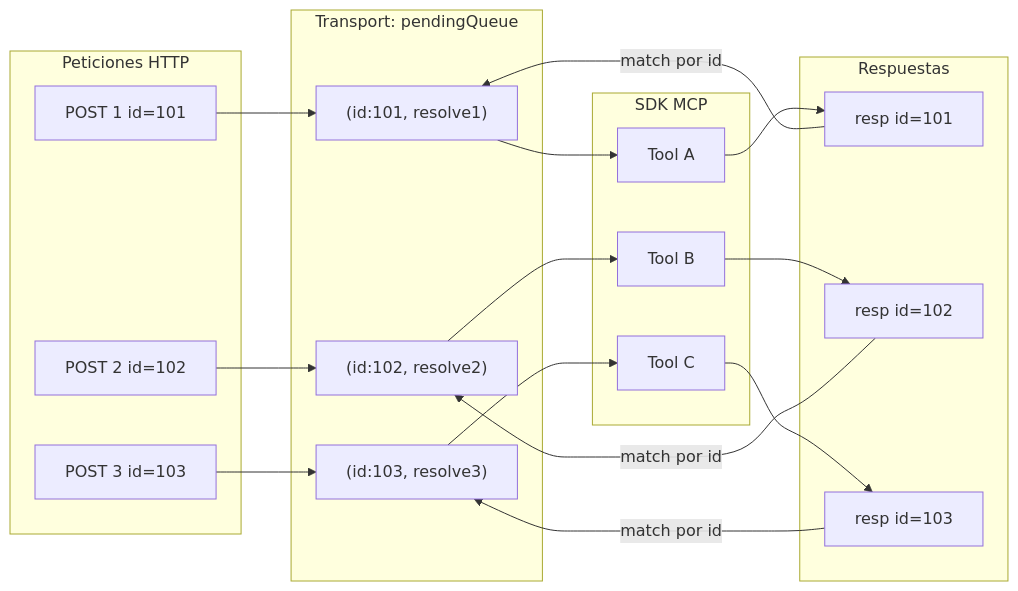
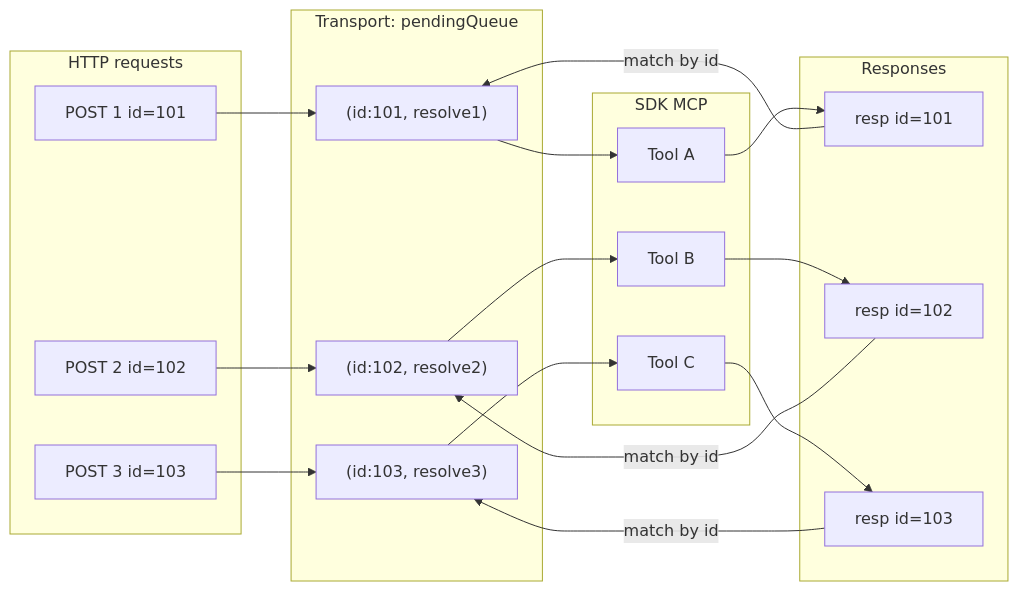
One commit to gustavosinbandera/MCP-SERVER changed the third of 3 diagrams in docs/diagrama-solucion-mcp-search-docs.md. Above: the diagram before and after it, drawn with Mermaid. The commit also changed other lines of this file and 104 other files, not shown here.

````diff
--- a/docs/diagrama-solucion-mcp-search-docs.md
+++ b/docs/diagrama-solucion-mcp-search-docs.md
@@ -94,39 +94,39 @@
 ```mermaid
 flowchart LR
-  subgraph entradas [Peticiones HTTP]
+  subgraph entradas [HTTP requests]
     P1[POST 1 id=101]
     P2[POST 2 id=102]
     P3[POST 3 id=103]
   end
 
   subgraph cola [Transport: pendingQueue]
     Q1["(id:101, resolve1)"]
     Q2["(id:102, resolve2)"]
     Q3["(id:103, resolve3)"]
   end
 
   subgraph sdk [SDK MCP]
     T1[Tool A]
     T2[Tool B]
     T3[Tool C]
   end
 
-  subgraph salidas [Respuestas]
+  subgraph salidas [Responses]
     R1[resp id=101]
     R2[resp id=102]
     R3[resp id=103]
   end
 
   P1 --> Q1
   P2 --> Q2
   P3 --> Q3
   Q1 --> T1
   Q2 --> T2
   Q3 --> T3
   T1 --> R1
   T2 --> R2
   T3 --> R3
-  R1 -->|"match por id"| Q1
-  R2 -->|"match por id"| Q2
-  R3 -->|"match por id"| Q3
+  R1 -->|"match by id"| Q1
+  R2 -->|"match by id"| Q2
+  R3 -->|"match by id"| Q3
 ```
````
